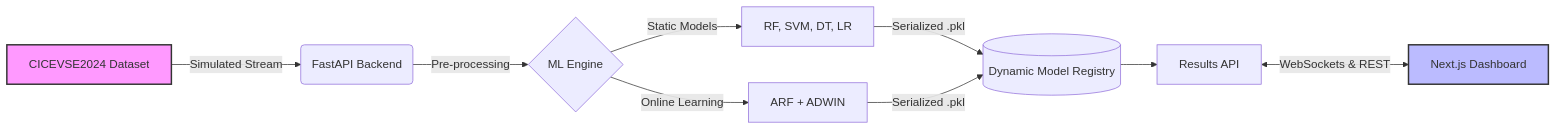
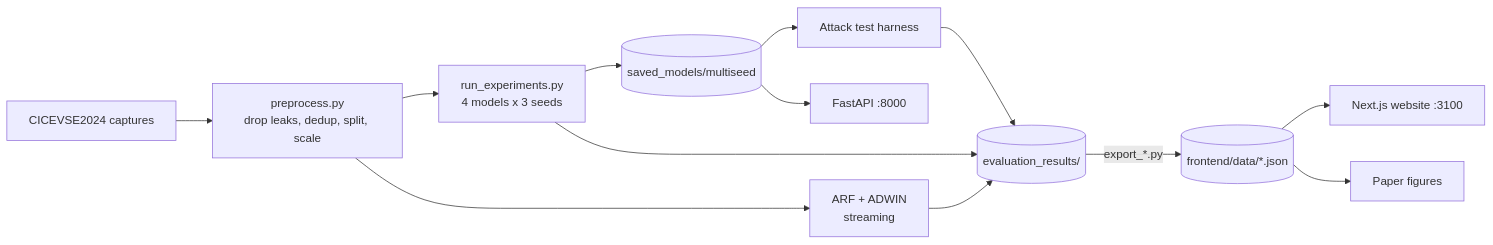
One commit to Mukta01/EVNet_Sentinel changed the diagram in README.md. Above: the diagram before and after it, drawn with Mermaid. The commit also changed other lines of this file, not shown here.

Commit message:
docs: bring README up to date with the corrected results and current system

````diff
--- a/README.md
+++ b/README.md
@@ -35,14 +40,15 @@
 ```mermaid
 flowchart LR
-    A[CICEVSE2024 Dataset] -->|Simulated Stream| B(FastAPI Backend)
-    B -->|Pre-processing| C{ML Engine}
-    C -->|Static Models| D[RF, SVM, DT, LR]
-    C -->|Online Learning| E[ARF + ADWIN]
-    D -->|Serialized .pkl| M[(Dynamic Model Registry)]
-    E -->|Serialized .pkl| M
-    M --> F[Results API]
-    F <-->|WebSockets & REST| G[Next.js Dashboard]
-    
-    style A fill:#f9f,stroke:#333,stroke-width:2px
-    style G fill:#bbf,stroke:#333,stroke-width:2px
+    A[CICEVSE2024 captures] --> B[preprocess.py<br/>drop leaks, dedup, split, scale]
+    B --> C[run_experiments.py<br/>4 models x 3 seeds]
+    B --> D[ARF + ADWIN<br/>streaming]
+    C --> M[(saved_models/multiseed)]
+    M --> H[Attack test harness]
+    C --> R[(evaluation_results/)]
+    D --> R
+    H --> R
+    M --> API[FastAPI :8000]
+    R -->|export_*.py| J[(frontend/data/*.json)]
+    J --> W[Next.js website :3100]
+    J --> P[Paper figures]
 ```
````
